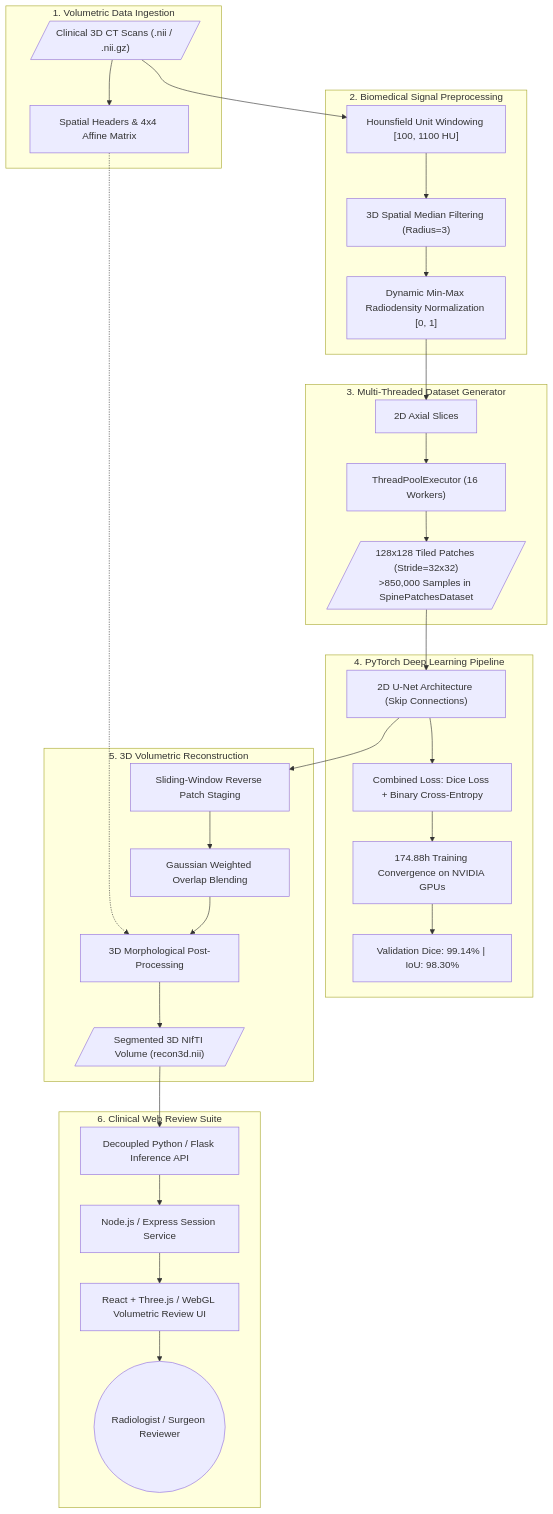
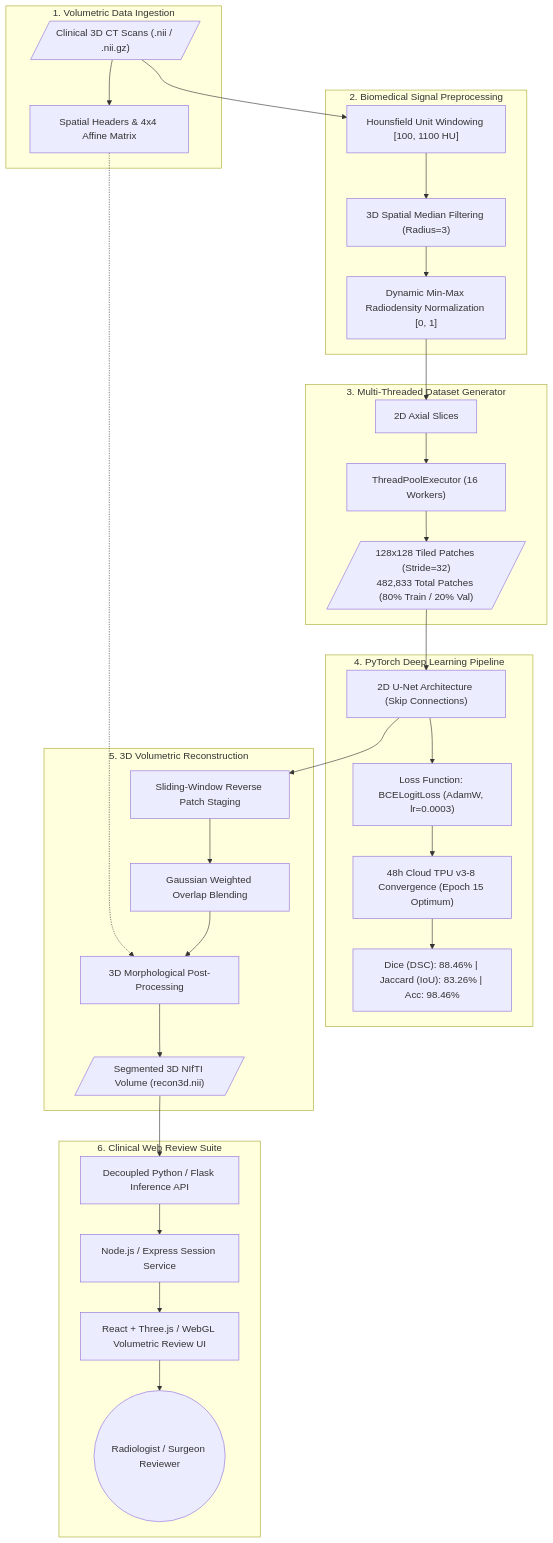
One commit to Nawaz393/spine-vertebrae-segmentation-architecture changed the diagram in diagrams/system-context.mmd. Above: the diagram before and after it, drawn with Mermaid. The commit also changed 11 other files, not shown here.

```diff
--- a/diagrams/system-context.mmd
+++ b/diagrams/system-context.mmd
@@ -1,59 +1,59 @@
 flowchart TB
     subgraph DataIngestion ["1. Volumetric Data Ingestion"]
         CT[/"Clinical 3D CT Scans (.nii / .nii.gz)"/]
         Headers["Spatial Headers & 4x4 Affine Matrix"]
     end
 
     subgraph PreprocessingPipeline ["2. Biomedical Signal Preprocessing"]
         Windowing["Hounsfield Unit Windowing [100, 1100 HU]"]
         Median["3D Spatial Median Filtering (Radius=3)"]
         Normalize["Dynamic Min-Max Radiodensity Normalization [0, 1]"]
     end
 
     subgraph PatchExtractionEngine ["3. Multi-Threaded Dataset Generator"]
         ThreadTiler["ThreadPoolExecutor (16 Workers)"]
         Slices["2D Axial Slices"]
-        Patches[/"128x128 Tiled Patches (Stride=32x32)<br/>>850,000 Samples in SpinePatchesDataset"/]
+        Patches[/"128x128 Tiled Patches (Stride=32)<br/>482,833 Total Patches (80% Train / 20% Val)"/]
     end
 
     subgraph DeepLearningEngine ["4. PyTorch Deep Learning Pipeline"]
         UNet["2D U-Net Architecture (Skip Connections)"]
-        LossFunc["Combined Loss: Dice Loss + Binary Cross-Entropy"]
-        Training["174.88h Training Convergence on NVIDIA GPUs"]
-        Metrics["Validation Dice: 99.14% | IoU: 98.30%"]
+        LossFunc["Loss Function: BCELogitLoss (AdamW, lr=0.0003)"]
+        Training["48h Cloud TPU v3-8 Convergence (Epoch 15 Optimum)"]
+        Metrics["Dice (DSC): 88.46% | Jaccard (IoU): 83.26% | Acc: 98.46%"]
     end
 
     subgraph ReconstructionEngine ["5. 3D Volumetric Reconstruction"]
         Stitching["Sliding-Window Reverse Patch Staging"]
         OverlapVoting["Gaussian Weighted Overlap Blending"]
         Morphology["3D Morphological Post-Processing"]
         NiftiOut[/"Segmented 3D NIfTI Volume (recon3d.nii)"/]
     end
 
     subgraph ClinicalVisualization ["6. Clinical Web Review Suite"]
         FlaskAPI["Decoupled Python / Flask Inference API"]
         NodeBridge["Node.js / Express Session Service"]
         ReactUI["React + Three.js / WebGL Volumetric Review UI"]
         Radiologist(("Radiologist / Surgeon Reviewer"))
     end
 
     CT --> Headers
     CT --> Windowing
     Windowing --> Median
     Median --> Normalize
     Normalize --> Slices
     Slices --> ThreadTiler
     ThreadTiler --> Patches
     Patches --> UNet
     UNet --> LossFunc
     LossFunc --> Training
     Training --> Metrics
     UNet --> Stitching
     Stitching --> OverlapVoting
     OverlapVoting --> Morphology
     Headers -.-> Morphology
     Morphology --> NiftiOut
     NiftiOut --> FlaskAPI
     FlaskAPI --> NodeBridge
     NodeBridge --> ReactUI
     ReactUI --> Radiologist
```
